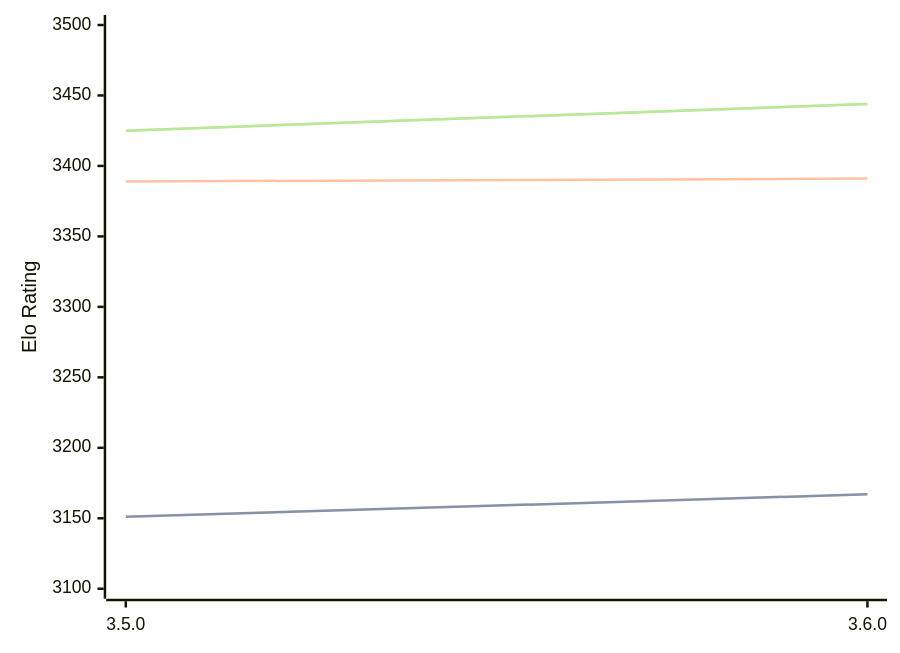
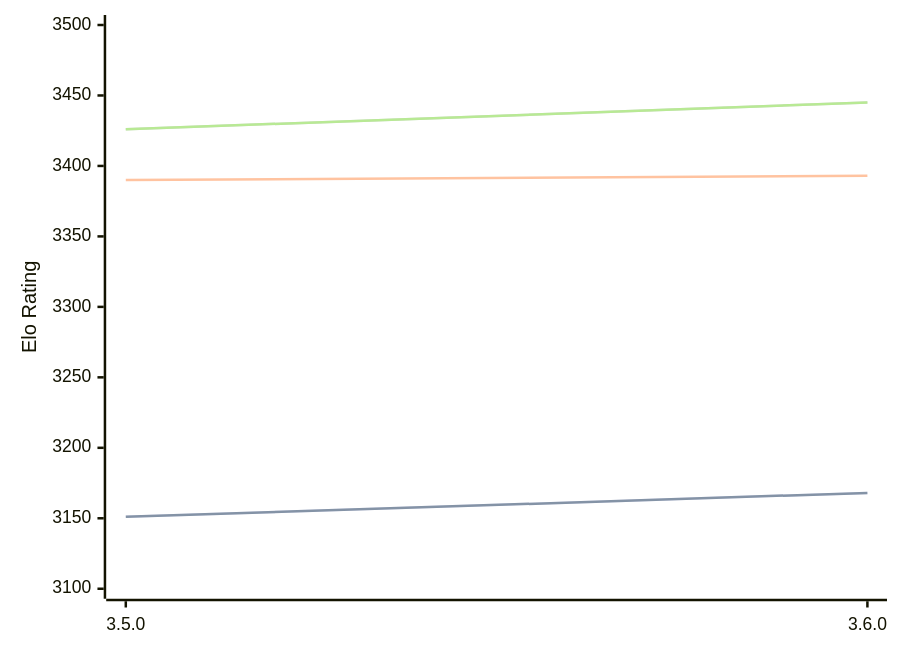
One commit to computer-chess-index/cci changed the first of 3 diagrams in engines/Igel.md. Above: the diagram before and after it, drawn with Mermaid. The commit also changed other lines of this file, not shown here.

Commit message:
Update CCI Ratings (ELO VLTC) - 2026-06-24

````diff
--- a/engines/Igel.md
+++ b/engines/Igel.md
@@ -68,11 +68,11 @@
 ```mermaid
 %%{init: {"theme":"base","themeVariables":{"seriesColors:['#a3a3a3','#222221','#faa371']}}}%%
 xychart-beta
   x-axis ["3.5.0", "3.6.0"]
   y-axis "Elo Rating" 3100 --> 3500
-  line "STC (8.0+0.08s)" [3151, 3167]
-  line "STC (8.0+0.08s)" [3151, 3167]
-  line "LTC (60.0+0.60s)" [3389, 3391]
-  line "VLTC (2m24s+1.12s)" [3425, 3444]
-  line "VLTC (2m24s+1.12s)" [3425, 3444]
+  line "STC (8.0+0.08s)" [3151, 3168]
+  line "STC (8.0+0.08s)" [3151, 3168]
+  line "LTC (60.0+0.60s)" [3390, 3393]
+  line "VLTC (2m24s+1.12s)" [3426, 3445]
+  line "VLTC (2m24s+1.12s)" [3426, 3445]
 ```
````
